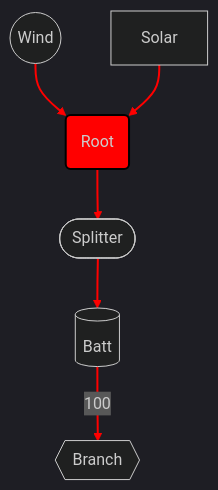
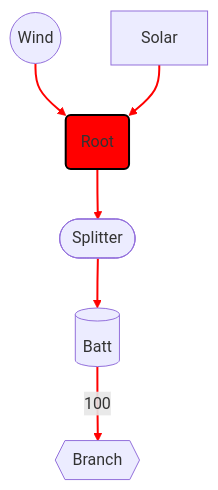
One commit to ZareMate/rust-logistics changed the diagram in power-template.md. Above: the diagram before and after it, drawn with Mermaid.

````diff
--- a/power-template.md
+++ b/power-template.md
@@ -1,26 +1,25 @@
 ```mermaid
-  %%{init: {'theme':'dark'}}%%
   graph TD;
     %% Class Definitions
     classDef root fill:#ff0000,stroke:#000,stroke-width:2,color:#fff; %% Red background, white text
   
     Wind1((Wind))
     Solar1[Solar]
     Root1(Root)
     Splitter1([Splitter])
     Batt1[(Batt)]
     Branch1{{Branch}}
 
     %% Graph Nodes
     Wind1 -->| | Root1;
     Solar1 -->| | Root1;
     Root1 -->| | Splitter1;
     Splitter1 -->| | Batt1;
     Batt1 -->|100| Branch1;
 
     %% Link Styles
     linkStyle 0,1,2,3,4 stroke:red,stroke-width:2;
 
     %% Class Assignments
     class Root1 root;
 ```
````
